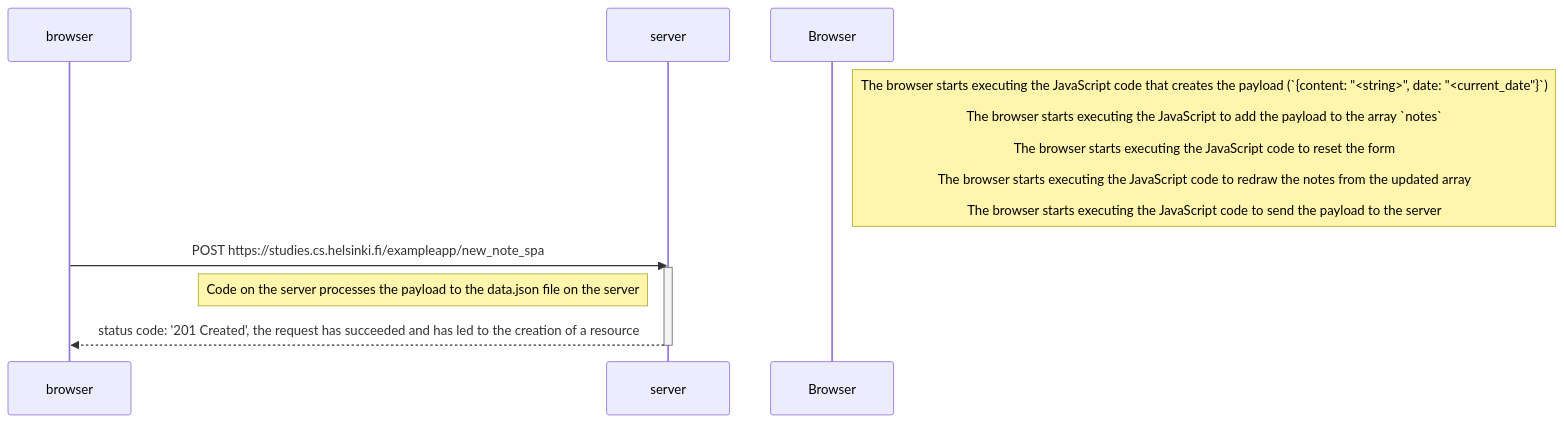
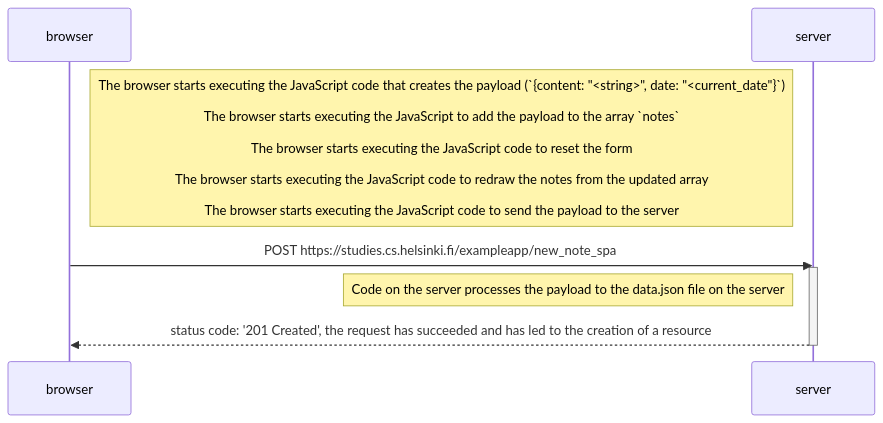
Before and after one commit to the-coding-anthropoid/full_stack: the diagram in part_0/0.6-new_note_in_spa_diagram.md, drawn with Mermaid.

Commit message:
Exercise 0.6: New Note in SPA Diagram => Layout
improve mermaid layout

````diff
--- a/part_0/0.6-new_note_in_spa_diagram.md
+++ b/part_0/0.6-new_note_in_spa_diagram.md
@@ -11,16 +11,17 @@
 ```mermaid
 sequenceDiagram
+
+Note right of browser: The browser starts executing the JavaScript code that creates the payload (`{content: "<string>", date: "<current_date"}`)<br/><br/>The browser starts executing the JavaScript to add the payload to the array `notes`<br/><br/>The browser starts executing the JavaScript code to reset the form<br/><br/>The browser starts executing the JavaScript code to redraw the notes from the updated array<br/><br/>The browser starts executing the JavaScript code to send the payload to the server
+
     participant browser
     participant server
-
-    Note right of Browser: The browser starts executing the JavaScript code that creates the payload (`{content: "<string>", date: "<current_date"}`)<br/><br/>The browser starts executing the JavaScript to add the payload to the array `notes`<br/><br/>The browser starts executing the JavaScript code to reset the form<br/><br/>The browser starts executing the JavaScript code to redraw the notes from the updated array<br/><br/>The browser starts executing the JavaScript code to send the payload to the server
 
     browser->>server: POST https://studies.cs.helsinki.fi/exampleapp/new_note_spa
     activate server
 
     Note left of server: Code on the server processes the payload to the data.json file on the server  
 
     server-->>browser: status code: '201 Created', the request has succeeded and has led to the creation of a resource
     deactivate server
 
 ```
````
